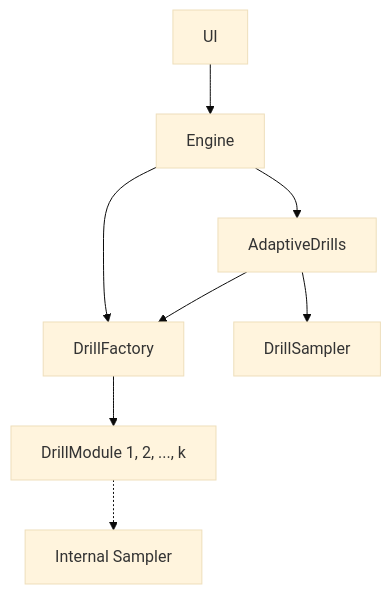
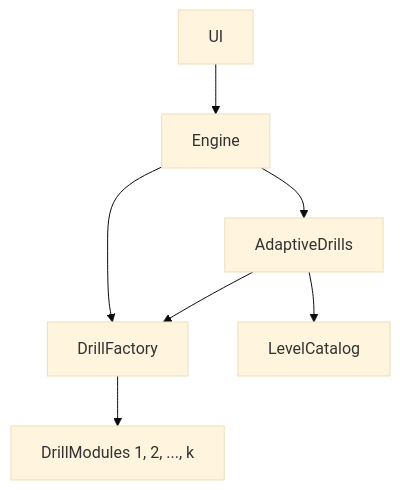
One commit to Stamehad/EarTrainer changed the diagram in README.md. Above: the diagram before and after it, drawn with Mermaid (base theme). The commit also changed other lines of this file and 13 other files, not shown here.

````diff
--- a/README.md
+++ b/README.md
@@ -164,10 +131,9 @@
 ```mermaid
 graph TD
     UI --> Engine
     Engine --> DF[DrillFactory]
     Engine --> AD[AdaptiveDrills]
     AD --> DF
-    AD --> DS[DrillSampler]
-    DF --> DM1[DrillModule 1, 2, ..., k]
-    DM1 -.-> S1[Internal Sampler]
+    AD --> LC[LevelCatalog]
+    DF --> DM1[DrillModules 1, 2, ..., k]
 ```
````
